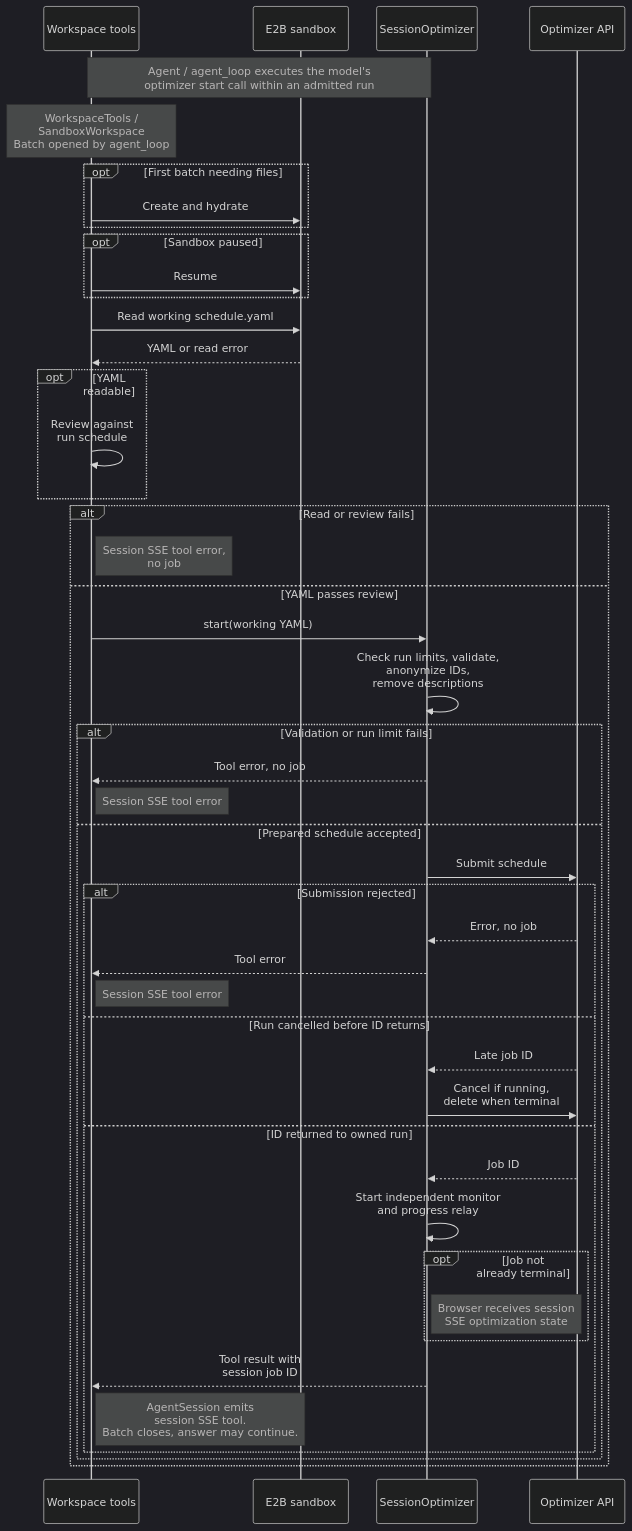
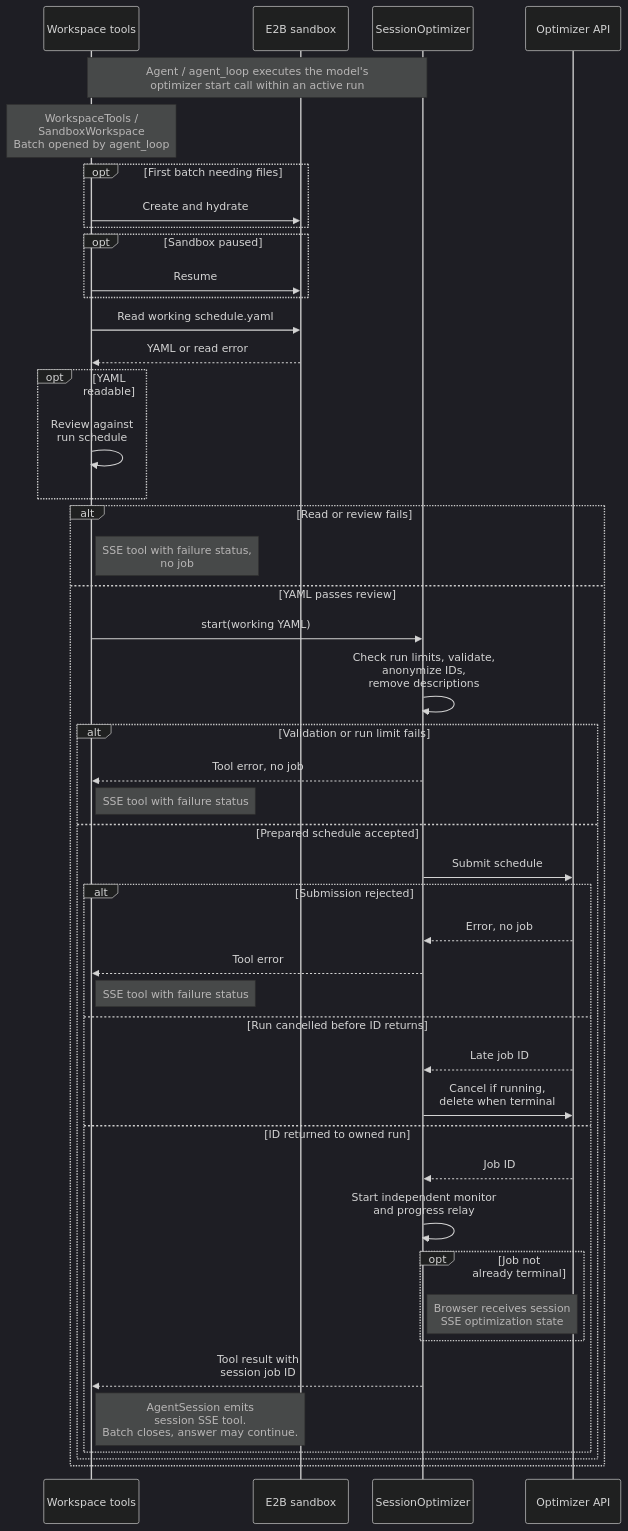
One commit to j3soon/nurse-scheduling changed diagram 11 of 15 in docs/content/developer-guide/ai-assistant.md. Above: the diagram before and after it, drawn with Mermaid (dark theme). The commit also changed other lines of this file and 1 other file, not shown here.

First line of the commit message:
docs(ai): clarify unified session events and diagrams

````diff
--- a/docs/content/developer-guide/ai-assistant.md
+++ b/docs/content/developer-guide/ai-assistant.md
@@ -534,60 +543,60 @@
 ```mermaid
 ---
 config:
   sequence:
     actorMargin: 12
     width: 140
     diagramMarginX: 4
     diagramMarginY: 8
     wrap: false
     wrapPadding: 4
 ---
 sequenceDiagram
     participant Agent as Workspace tools
     participant E2B as E2B sandbox
     participant Jobs as SessionOptimizer
     participant API as Optimizer API
 
-    Note over Agent,Jobs: Agent / agent_loop executes the model's<br/>optimizer start call within an admitted run
+    Note over Agent,Jobs: Agent / agent_loop executes the model's<br/>optimizer start call within an active run
     Note over Agent: WorkspaceTools /<br/>SandboxWorkspace<br/>Batch opened by agent_loop
     opt First batch needing files
         Agent->>E2B: Create and hydrate
     end
     opt Sandbox paused
         Agent->>E2B: Resume
     end
     Agent->>E2B: Read working schedule.yaml
     E2B-->>Agent: YAML or read error
     opt YAML readable
         Agent->>Agent: Review against<br/>run schedule
     end
     alt Read or review fails
-        Note right of Agent: Session SSE tool error,<br/>no job
+        Note right of Agent: SSE tool with failure status,<br/>no job
     else YAML passes review
         Agent->>Jobs: start(working YAML)
         Jobs->>Jobs: Check run limits, validate,<br/>anonymize IDs,<br/>remove descriptions
         alt Validation or run limit fails
             Jobs-->>Agent: Tool error, no job
-            Note right of Agent: Session SSE tool error
+            Note right of Agent: SSE tool with failure status
         else Prepared schedule accepted
             Jobs->>API: Submit schedule
             alt Submission rejected
                 API-->>Jobs: Error, no job
                 Jobs-->>Agent: Tool error
-                Note right of Agent: Session SSE tool error
+                Note right of Agent: SSE tool with failure status
             else Run cancelled before ID returns
                 API-->>Jobs: Late job ID
                 Jobs->>API: Cancel if running,<br/>delete when terminal
             else ID returned to owned run
                 API-->>Jobs: Job ID
                 Jobs->>Jobs: Start independent monitor<br/>and progress relay
                 opt Job not<br/>already terminal
                     Note right of Jobs: Browser receives session<br/>SSE optimization state
                 end
                 Jobs-->>Agent: Tool result with<br/>session job ID
                 Note right of Agent: AgentSession emits<br/>session SSE tool.<br/>Batch closes, answer may continue.
             end
         end
     end
 
 ```
````
